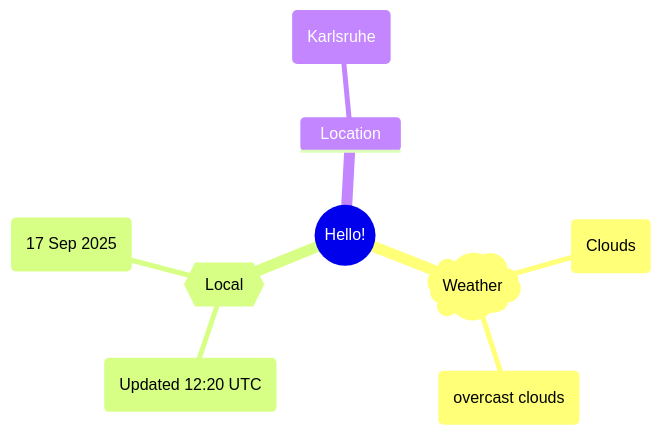
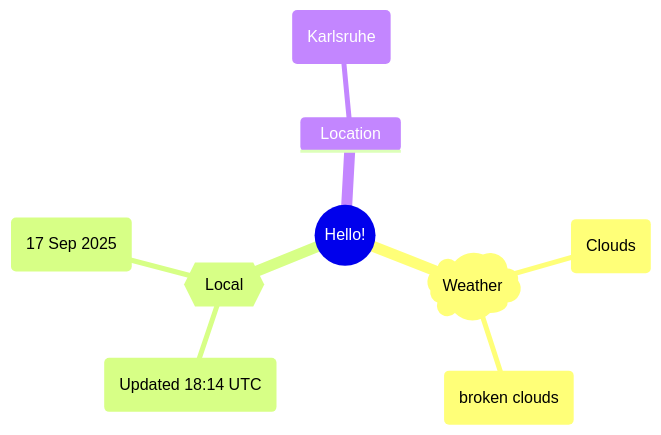
One commit to Xosrov/Xosrov changed the first of 2 diagrams in README.md. Above: the diagram before and after it, drawn with Mermaid.

Commit message:
[bot] updated images

````diff
--- a/README.md
+++ b/README.md
@@ -3,12 +3,12 @@
 ```mermaid
 mindmap
   root((Hello!))
     )Weather(
         (Clouds)
-        (overcast clouds)
+        (broken clouds)
     {{Local}}
-        (Updated 12:20 UTC)
+        (Updated 18:14 UTC)
         (17 Sep 2025)
     Location
         (Karlsruhe)
 ```
````
